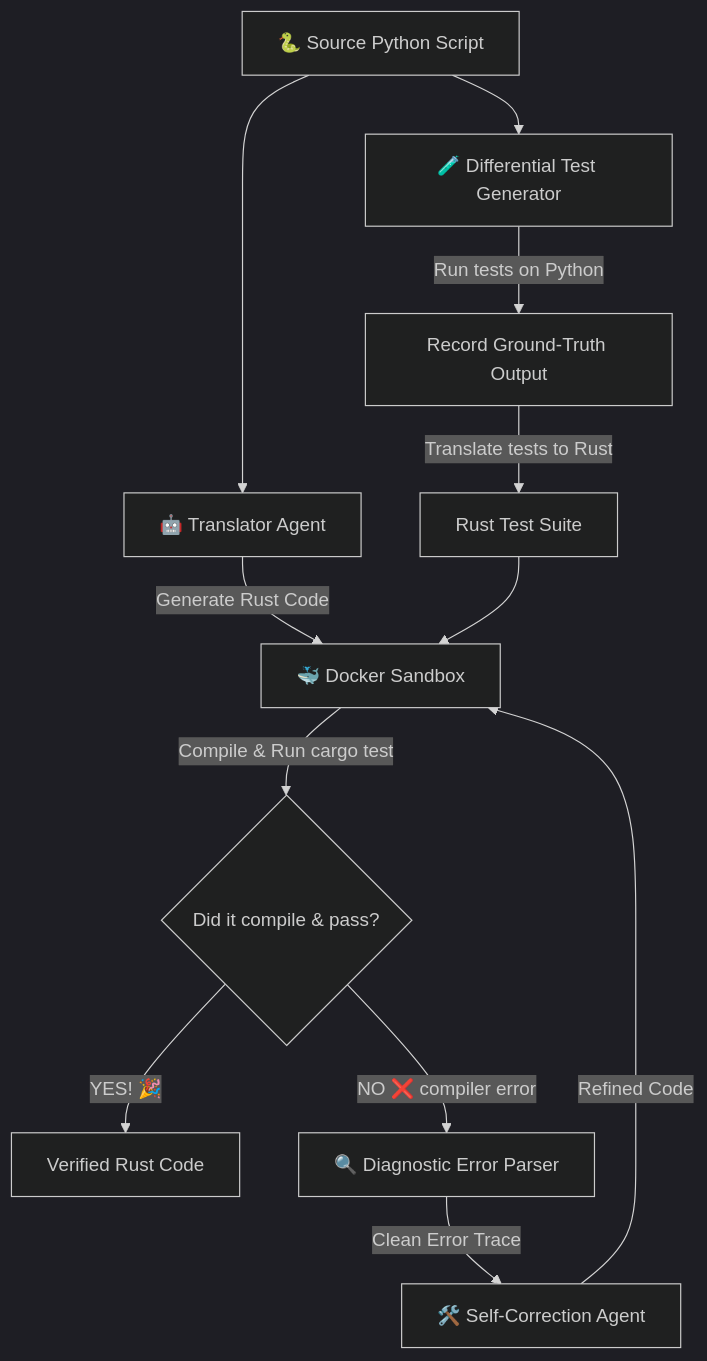
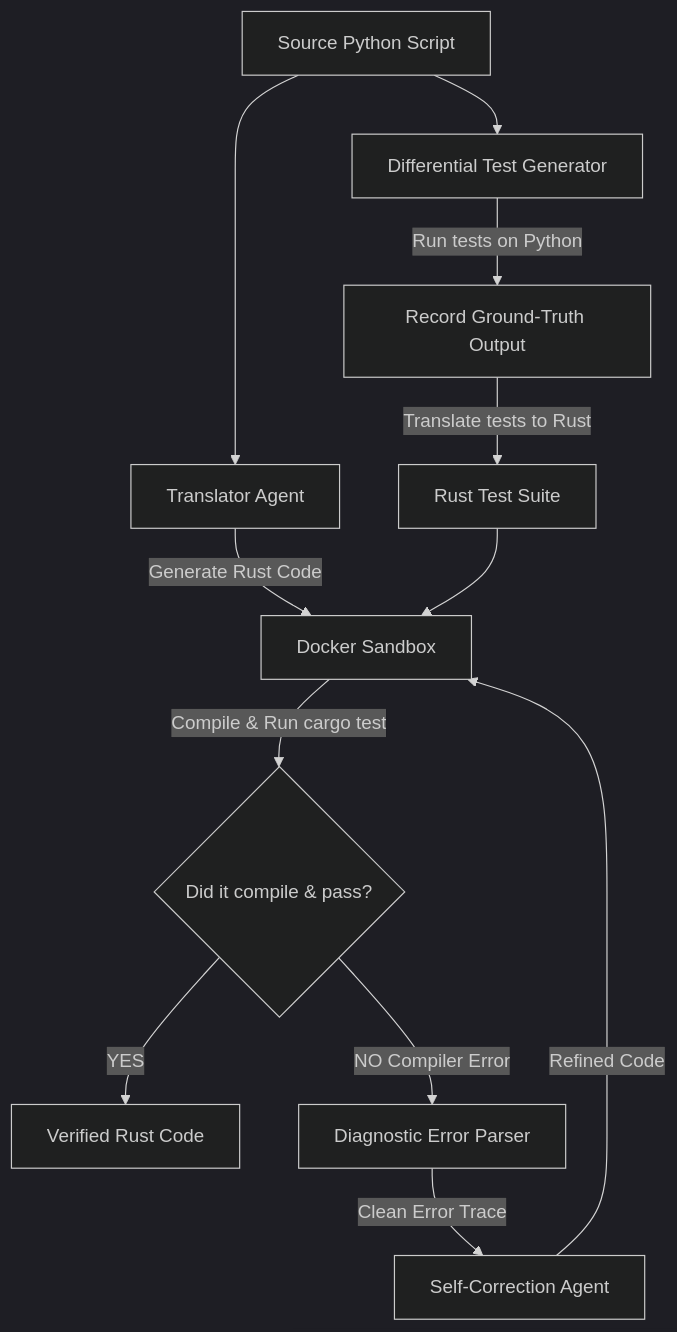
The diagram in README.md (murali0163/A-Closed-Loop-Agentic-Framework-for-Verifiable-Code-Translation), drawn with Mermaid (dark theme) before and after one commit. The commit also changed other lines of this file, not shown here.

````diff
--- a/README.md
+++ b/README.md
@@ -27,19 +27,19 @@
 ```mermaid
 flowchart TD
-    A[🐍 Source Python Script] --> B[🧪 Differential Test Generator]
-    A --> C[🤖 Translator Agent]
+    A[Source Python Script] --> B[Differential Test Generator]
+    A --> C[Translator Agent]
     
     B -->|Run tests on Python| D[Record Ground-Truth Output]
     D -->|Translate tests to Rust| E[Rust Test Suite]
     
-    C -->|Generate Rust Code| F[🐳 Docker Sandbox]
+    C -->|Generate Rust Code| F[Docker Sandbox]
     E --> F
     
     F -->|Compile & Run cargo test| G{Did it compile & pass?}
     
-    G -->|YES! 🎉| H[Verified Rust Code]
-    G -->|NO ❌ compiler error| I[🔍 Diagnostic Error Parser]
+    G -->|YES| H[Verified Rust Code]
+    G -->|NO Compiler Error| I[Diagnostic Error Parser]
     
-    I -->|Clean Error Trace| J[🛠️ Self-Correction Agent]
+    I -->|Clean Error Trace| J[Self-Correction Agent]
     J -->|Refined Code| F
 ```
````
